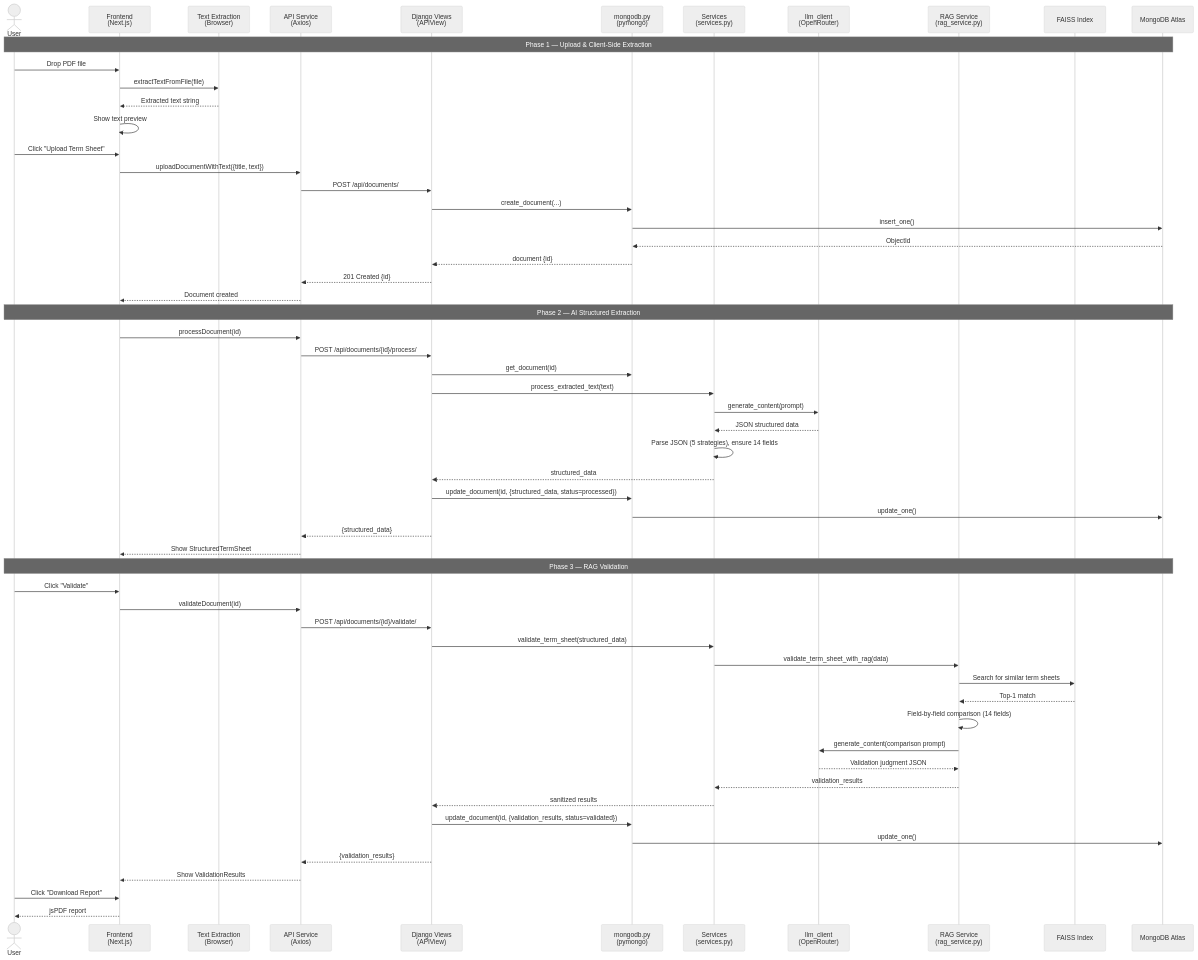
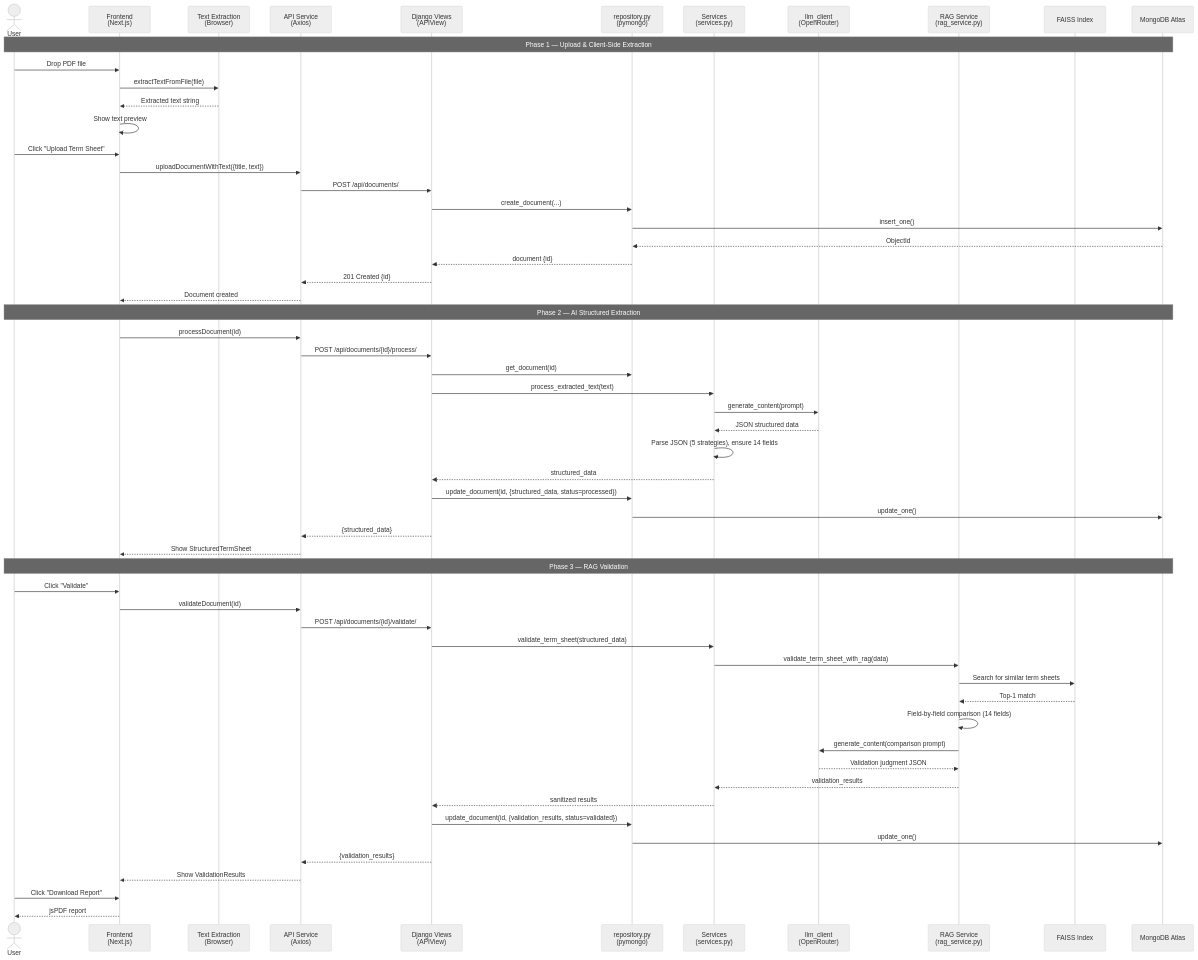
One commit to Atharva-Dhavale/NeuroLex changed the fourth of 5 diagrams in DOCUMENTATION.md. Above: the diagram before and after it, drawn with Mermaid (neutral theme). The commit also changed other lines of this file and 34 other files, not shown here.

````diff
--- a/DOCUMENTATION.md
+++ b/DOCUMENTATION.md
@@ -621,63 +622,63 @@
 ```mermaid
 sequenceDiagram
     actor User
     participant UI as Frontend<br/>(Next.js)
     participant Extract as Text Extraction<br/>(Browser)
     participant API as API Service<br/>(Axios)
     participant Views as Django Views<br/>(APIView)
-    participant Mongo as mongodb.py<br/>(pymongo)
+    participant Mongo as repository.py<br/>(pymongo)
     participant Svc as Services<br/>(services.py)
     participant LLM as llm_client<br/>(OpenRouter)
     participant RAG as RAG Service<br/>(rag_service.py)
     participant FAISS as FAISS Index
     participant Atlas as MongoDB Atlas
 
     Note over User,Atlas: Phase 1 — Upload & Client-Side Extraction
     User->>UI: Drop PDF file
     UI->>Extract: extractTextFromFile(file)
     Extract-->>UI: Extracted text string
     UI->>UI: Show text preview
     User->>UI: Click "Upload Term Sheet"
     UI->>API: uploadDocumentWithText({title, text})
     API->>Views: POST /api/documents/
     Views->>Mongo: create_document(...)
     Mongo->>Atlas: insert_one()
     Atlas-->>Mongo: ObjectId
     Mongo-->>Views: document {id}
     Views-->>API: 201 Created {id}
     API-->>UI: Document created
 
     Note over User,Atlas: Phase 2 — AI Structured Extraction
     UI->>API: processDocument(id)
     API->>Views: POST /api/documents/{id}/process/
     Views->>Mongo: get_document(id)
     Views->>Svc: process_extracted_text(text)
     Svc->>LLM: generate_content(prompt)
     LLM-->>Svc: JSON structured data
     Svc->>Svc: Parse JSON (5 strategies), ensure 14 fields
     Svc-->>Views: structured_data
     Views->>Mongo: update_document(id, {structured_data, status=processed})
     Mongo->>Atlas: update_one()
     Views-->>API: {structured_data}
     API-->>UI: Show StructuredTermSheet
 
     Note over User,Atlas: Phase 3 — RAG Validation
     User->>UI: Click "Validate"
     UI->>API: validateDocument(id)
     API->>Views: POST /api/documents/{id}/validate/
     Views->>Svc: validate_term_sheet(structured_data)
     Svc->>RAG: validate_term_sheet_with_rag(data)
     RAG->>FAISS: Search for similar term sheets
     FAISS-->>RAG: Top-1 match
     RAG->>RAG: Field-by-field comparison (14 fields)
     RAG->>LLM: generate_content(comparison prompt)
     LLM-->>RAG: Validation judgment JSON
     RAG-->>Svc: validation_results
     Svc-->>Views: sanitized results
     Views->>Mongo: update_document(id, {validation_results, status=validated})
     Mongo->>Atlas: update_one()
     Views-->>API: {validation_results}
     API-->>UI: Show ValidationResults
     User->>UI: Click "Download Report"
     UI-->>User: jsPDF report
 ```
````
